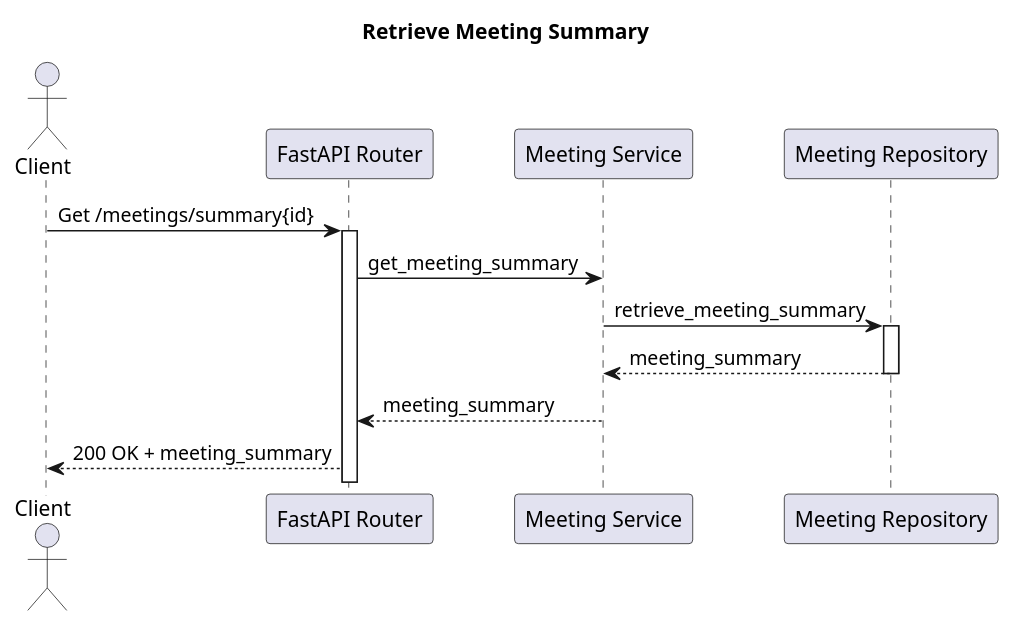
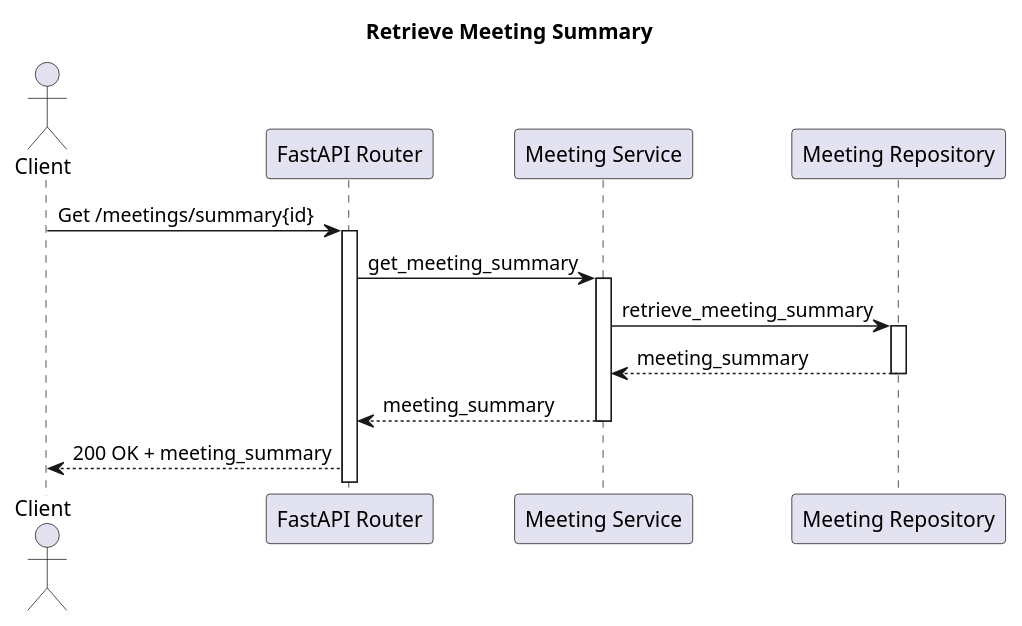
One commit to estebansuarezcalvoudc/Memento changed the diagram in Backend/docs/sequence_diagrams/retrieve_meeting_summary.pu. Above: the diagram before and after it, drawn with PlantUML. The commit also changed 1 other file, not shown here.

```diff
--- a/Backend/docs/sequence_diagrams/retrieve_meeting_summary.pu
+++ b/Backend/docs/sequence_diagrams/retrieve_meeting_summary.pu
@@ -1,25 +1,27 @@
 @startuml Retrieve Meeting Summary
 
 title Retrieve Meeting Summary
 
 actor Client
 participant "FastAPI Router" as Router
 participant "Meeting Service" as Service
 participant "Meeting Repository" as Repository
 
 Client -> Router: Get /meetings/summary{id}
 
 activate Router
 Router -> Service: get_meeting_summary
+
+activate Service
 Service -> Repository: retrieve_meeting_summary
 
 activate Repository
 Service <-- Repository: meeting_summary
 deactivate Repository
 
 Router <-- Service: meeting_summary
 deactivate Service
 
 Client <-- Router: 200 OK + meeting_summary
 
 @enduml
```
